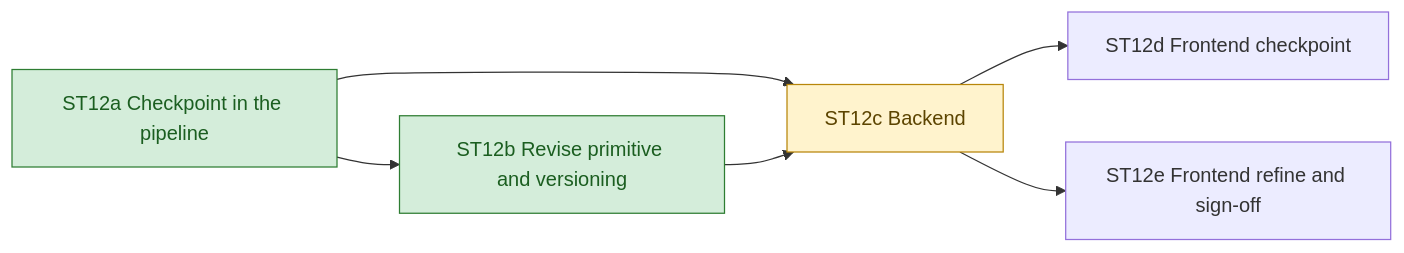
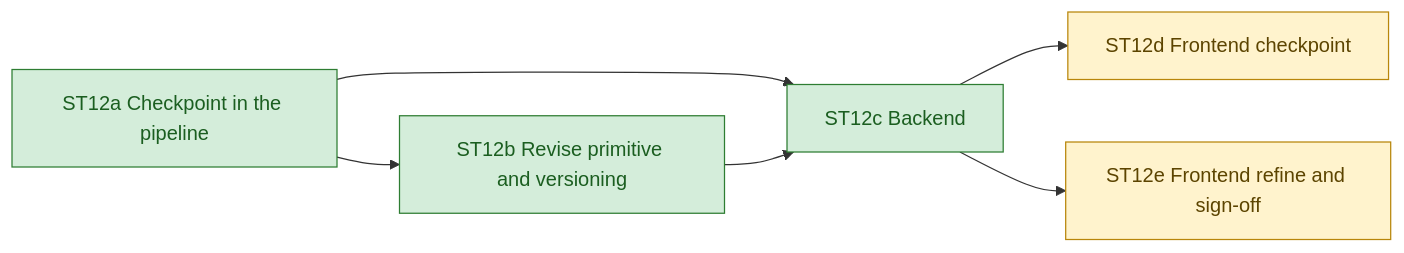
Before and after one commit to lofeodo/rfp-solution-summary-generator: the diagram in docs/hitl/ROADMAP.md, drawn with Mermaid. The commit also changed other lines of this file and 2 other files, not shown here.

Commit message:
ST12c: what was done, live Missouri loop through the API, open issues, step done in the index, TIMELOG

````diff
--- a/docs/hitl/ROADMAP.md
+++ b/docs/hitl/ROADMAP.md
@@ -40,12 +40,12 @@
 ```mermaid
 flowchart LR
     A[ST12a Checkpoint in the pipeline] --> B[ST12b Revise primitive and versioning]
     A --> C[ST12c Backend]
     C --> D[ST12d Frontend checkpoint]
     B --> C
     C --> E[ST12e Frontend refine and sign-off]
     classDef done fill:#d4edda,stroke:#2e7d32,color:#1b5e20
     classDef ready fill:#fff3cd,stroke:#b8860b,color:#5c4400
-    class A,B done
-    class C ready
+    class A,B,C done
+    class D,E ready
 ```
````
